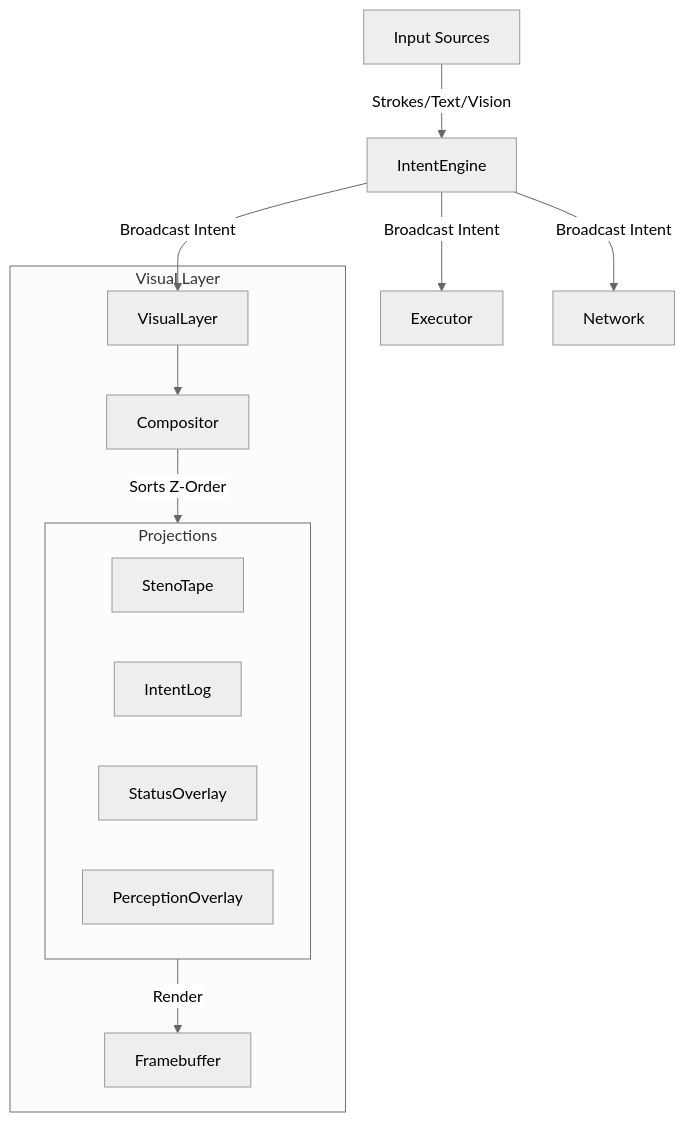
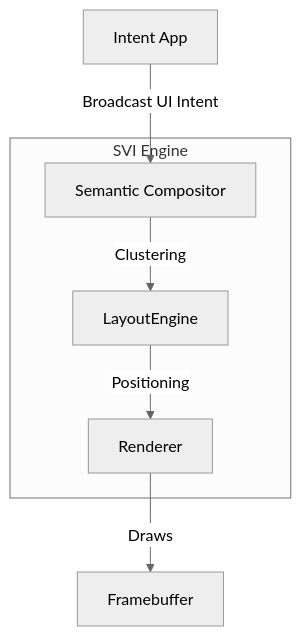
The diagram in docs/VISUAL_INTERFACE.md (nranjan2code/sutraworks-kernel), drawn with Mermaid (neutral theme) before and after one commit. The commit also changed other lines of this file and 21 other files, not shown here.

````diff
--- a/docs/VISUAL_INTERFACE.md
+++ b/docs/VISUAL_INTERFACE.md
@@ -15,20 +26,11 @@
 ```mermaid
 graph TD
-    Input[Input Sources] -->|Strokes/Text/Vision| IntentEngine
-    IntentEngine -->|Broadcast Intent| Executor
-    IntentEngine -->|Broadcast Intent| Network
-    IntentEngine -->|Broadcast Intent| VisualLayer
+    App[Intent App] -->|Broadcast UI Intent| Compositor
     
-    subgraph Visual Layer
-        VisualLayer --> Compositor
-        Compositor -->|Sorts Z-Order| Projections
-        Projections -->|Render| Framebuffer
+    subgraph SVI Engine
+        Compositor[Semantic Compositor] -->|Clustering| LayoutEngine
+        LayoutEngine -->|Positioning| Renderer
     end
     
-    subgraph Projections
-        P1[StenoTape]
-        P2[IntentLog]
-        P3[StatusOverlay]
-        P4[PerceptionOverlay]
-    end
+    Renderer -->|Draws| Framebuffer
 ```
````
